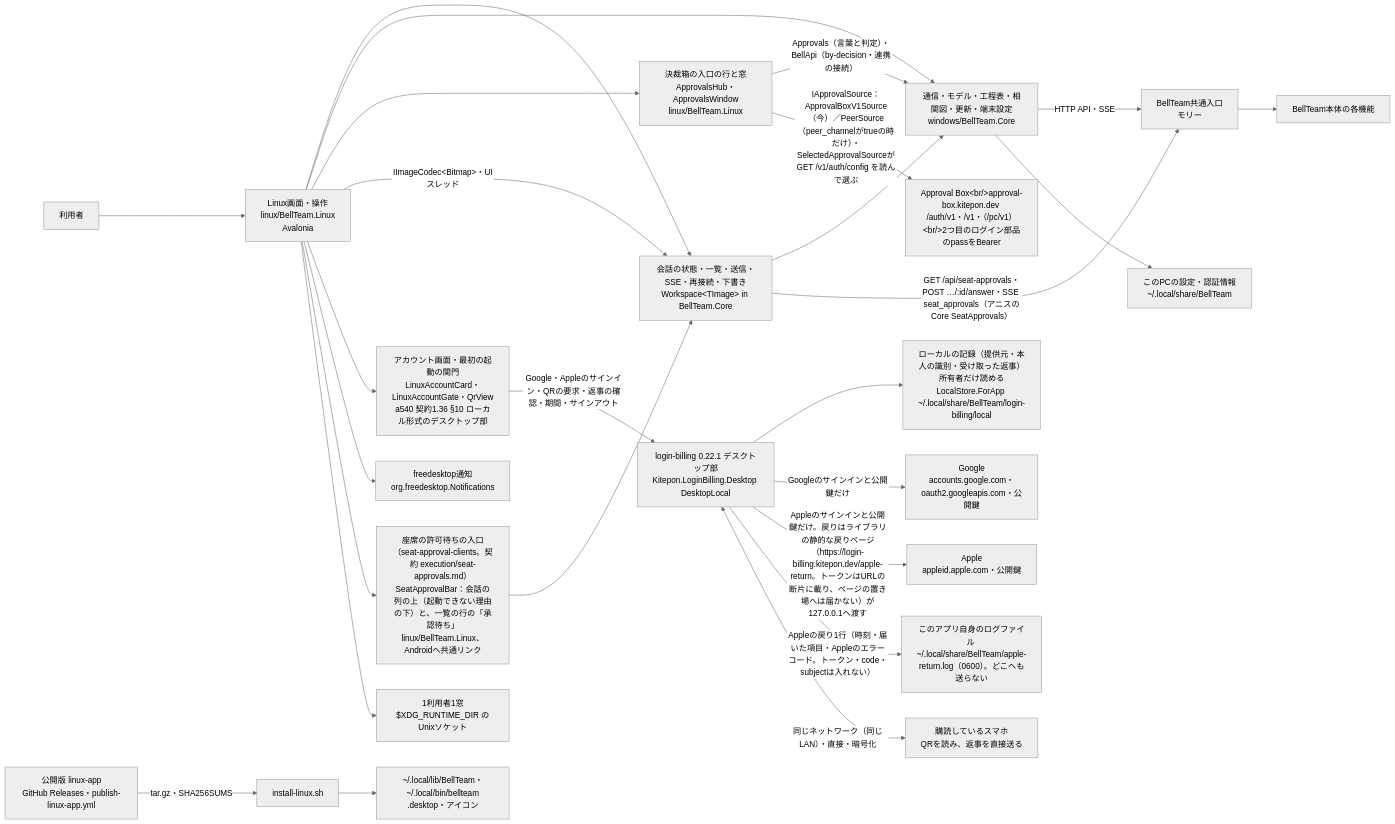
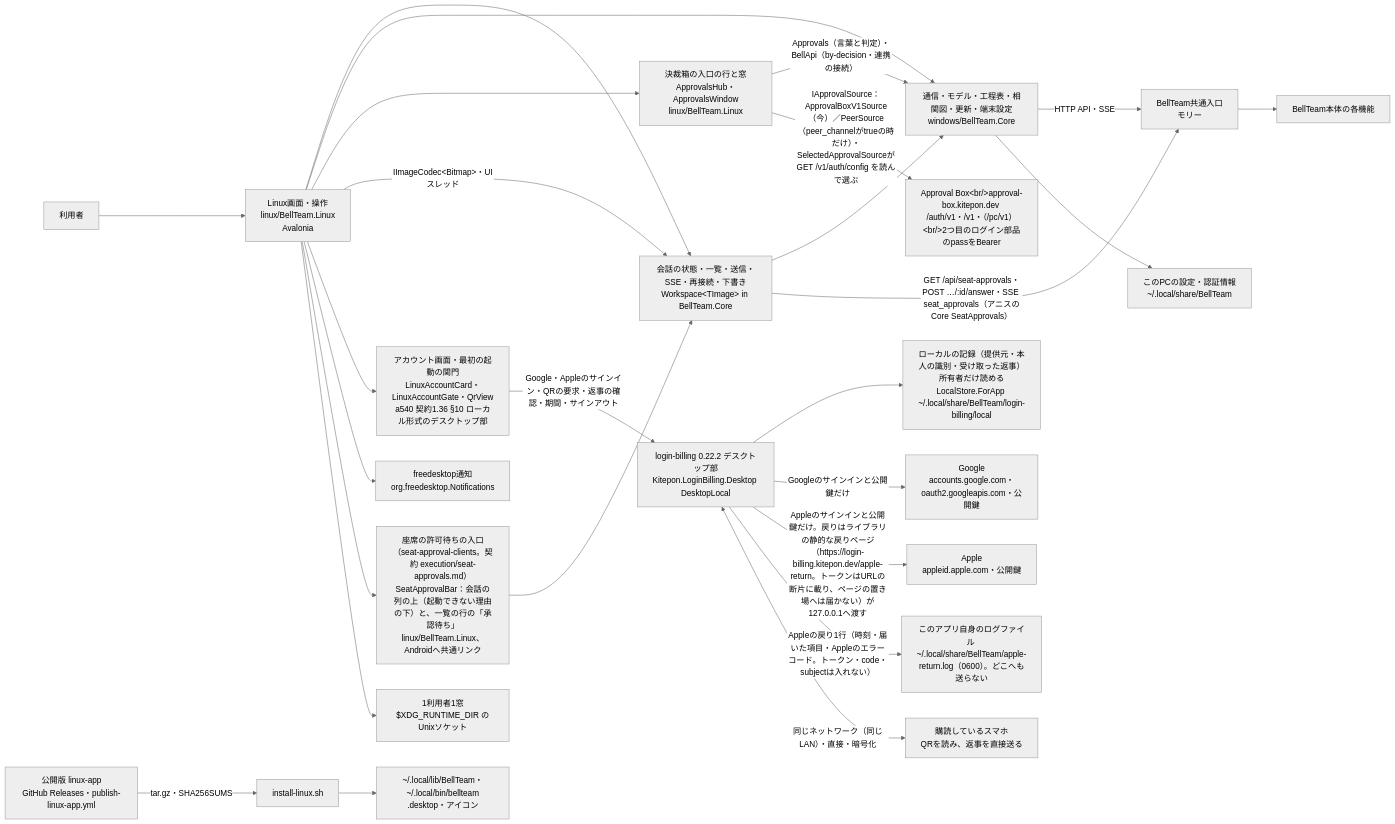
One commit to kitepon/BellTeam changed the first of 3 diagrams in docs/linux-architecture.md. Above: the diagram before and after it, drawn with Mermaid (neutral theme). The commit also changed other lines of this file and 7 other files, not shown here.

Commit message:
lb0220-clients: login-billing 0.22.2 pins (default route address first in the QR)

````diff
--- a/docs/linux-architecture.md
+++ b/docs/linux-architecture.md
@@ -9,28 +9,28 @@
 ```mermaid
 flowchart LR
   user[利用者] --> ui[Linux画面・操作<br/>linux/BellTeam.Linux<br/>Avalonia]
   ui --> ws[会話の状態・一覧・送信・SSE・再接続・下書き<br/>Workspace&lt;TImage&gt; in BellTeam.Core]
   ui --> core[通信・モデル・工程表・相関図・更新・端末設定<br/>windows/BellTeam.Core]
   ui --> abx[決裁箱の入口の行と窓<br/>ApprovalsHub・ApprovalsWindow<br/>linux/BellTeam.Linux]
   abx -->|Approvals（言葉と判定）・BellApi（by-decision・連携の接続）| core
   abx -->|IApprovalSource：ApprovalBoxV1Source（今）／PeerSource（peer_channelがtrueの時だけ）・SelectedApprovalSourceがGET /v1/auth/config を読んで選ぶ| abxsrv[Approval Box&lt;br/&gt;approval-box.kitepon.dev /auth/v1・/v1・（/pc/v1）&lt;br/&gt;2つ目のログイン部品のpassをBearer]
   ws --> core
   ui -->|IImageCodec&lt;Bitmap&gt;・UIスレッド| ws
   core -->|HTTP API・SSE| integration[BellTeam共通入口<br/>モリー]
   core --> local[このPCの設定・認証情報<br/>~/.local/share/BellTeam]
   ui --> account[アカウント画面・最初の起動の関門<br/>LinuxAccountCard・LinuxAccountGate・QrView<br/>a540 契約1.36 §10 ローカル形式のデスクトップ部]
-  account -->|Google・Appleのサインイン・QRの要求・返事の確認・期間・サインアウト| lib[login-billing 0.22.1 デスクトップ部<br/>Kitepon.LoginBilling.Desktop DesktopLocal]
+  account -->|Google・Appleのサインイン・QRの要求・返事の確認・期間・サインアウト| lib[login-billing 0.22.2 デスクトップ部<br/>Kitepon.LoginBilling.Desktop DesktopLocal]
   lib --> pass[ローカルの記録（提供元・本人の識別・受け取った返事）所有者だけ読める<br/>LocalStore.ForApp ~/.local/share/BellTeam/login-billing/local]
   lib -->|Googleのサインインと公開鍵だけ| google[Google<br/>accounts.google.com・oauth2.googleapis.com・公開鍵]
   lib -->|Appleのサインインと公開鍵だけ。戻りはライブラリの静的な戻りページ（https://login-billing.kitepon.dev/apple-return。トークンはURLの断片に載り、ページの置き場へは届かない）が127.0.0.1へ渡す| apple[Apple<br/>appleid.apple.com・公開鍵]
   lib -->|Appleの戻り1行（時刻・届いた項目・Appleのエラーコード。トークン・code・subjectは入れない）| devlog[このアプリ自身のログファイル ~/.local/share/BellTeam/apple-return.log（0600）。どこへも送らない]
   lib <-->|同じネットワーク（同じLAN）・直接・暗号化| phone[購読しているスマホ<br/>QRを読み、返事を直接送る]
   ui --> notify[freedesktop通知<br/>org.freedesktop.Notifications]
   ui --> seat[座席の許可待ちの入口（seat-approval-clients。契約 execution/seat-approvals.md）<br/>SeatApprovalBar：会話の列の上（起動できない理由の下）と、一覧の行の「承認待ち」<br/>linux/BellTeam.Linux、Androidへ共通リンク]
   seat --> ws
   ws -->|"GET /api/seat-approvals・POST …/:id/answer・SSE seat_approvals（アニスのCore SeatApprovals）"| integration
   ui --> single[1利用者1窓<br/>$XDG_RUNTIME_DIR のUnixソケット]
   release[公開版 linux-app<br/>GitHub Releases・publish-linux-app.yml] -->|tar.gz・SHA256SUMS| install[install-linux.sh]
   install --> files[~/.local/lib/BellTeam・~/.local/bin/bellteam<br/>.desktop・アイコン]
   integration --> server[BellTeam本体の各機能]
 ```
````
